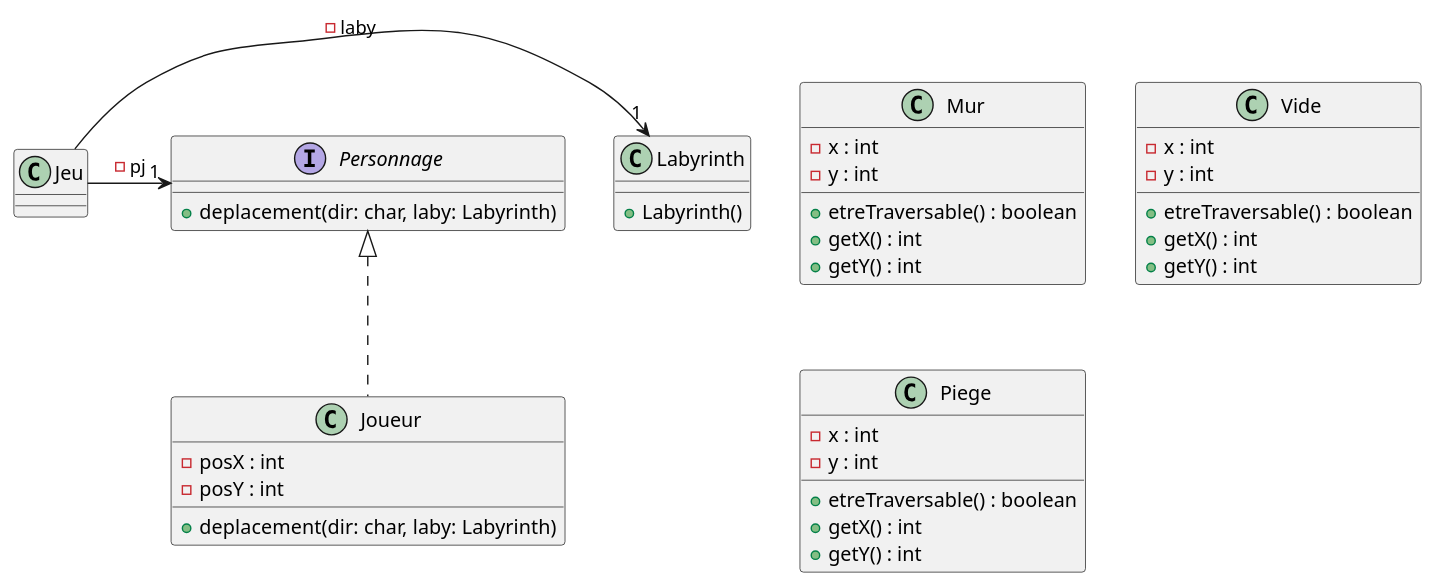
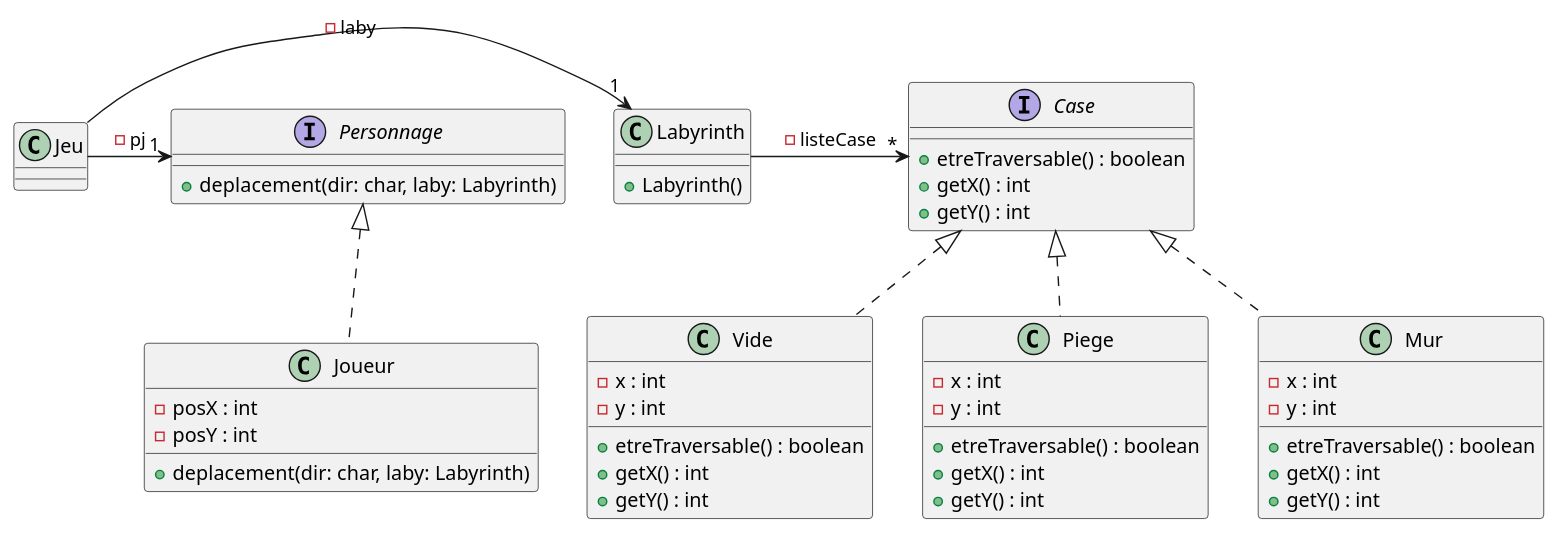
Before and after one commit to Zayd54500/2026_COO_Zeldiablo_ZB_VJ_HD_MM: the diagram in projet_zeldiablo/documents/version_2/DiagrameClassV2.puml, drawn with PlantUML.

Commit message:
Modificaiton du diagramme de class de la v2

```diff
--- a/projet_zeldiablo/documents/version_2/DiagrameClassV2.puml
+++ b/projet_zeldiablo/documents/version_2/DiagrameClassV2.puml
@@ -1,43 +1,49 @@
 @startuml
 'https://plantuml.com/class-diagram
 class Jeu{
 
 }
-class Mur{
+interface Case{
++ etreTraversable() : boolean
++ getX() : int
++ getY() : int
+}
+class Mur implements Case{
 - x : int
 - y : int
 + etreTraversable() : boolean
 + getX() : int
 + getY() : int    
 }
-class Vide{
+class Vide implements Case{
 - x : int
 - y : int
 + etreTraversable() : boolean
 + getX() : int
 + getY() : int    
 }
-class Piege{
+class Piege implements Case{
 - x : int
 - y : int
 + etreTraversable() : boolean
 + getX() : int
 + getY() : int    
 }
 interface Personnage {
 + deplacement(dir: char, laby: Labyrinth)
 }
 
 class Labyrinth {
 + Labyrinth()
 }
 
 class Joueur implements Personnage {
 - posX : int
 - posY : int
 + deplacement(dir: char, laby: Labyrinth)
 }
 
 Jeu -> "1" Labyrinth : -laby
 Jeu -> "1" Personnage : -pj
+Labyrinth -> "*" Case : -listeCase
 @enduml
```
